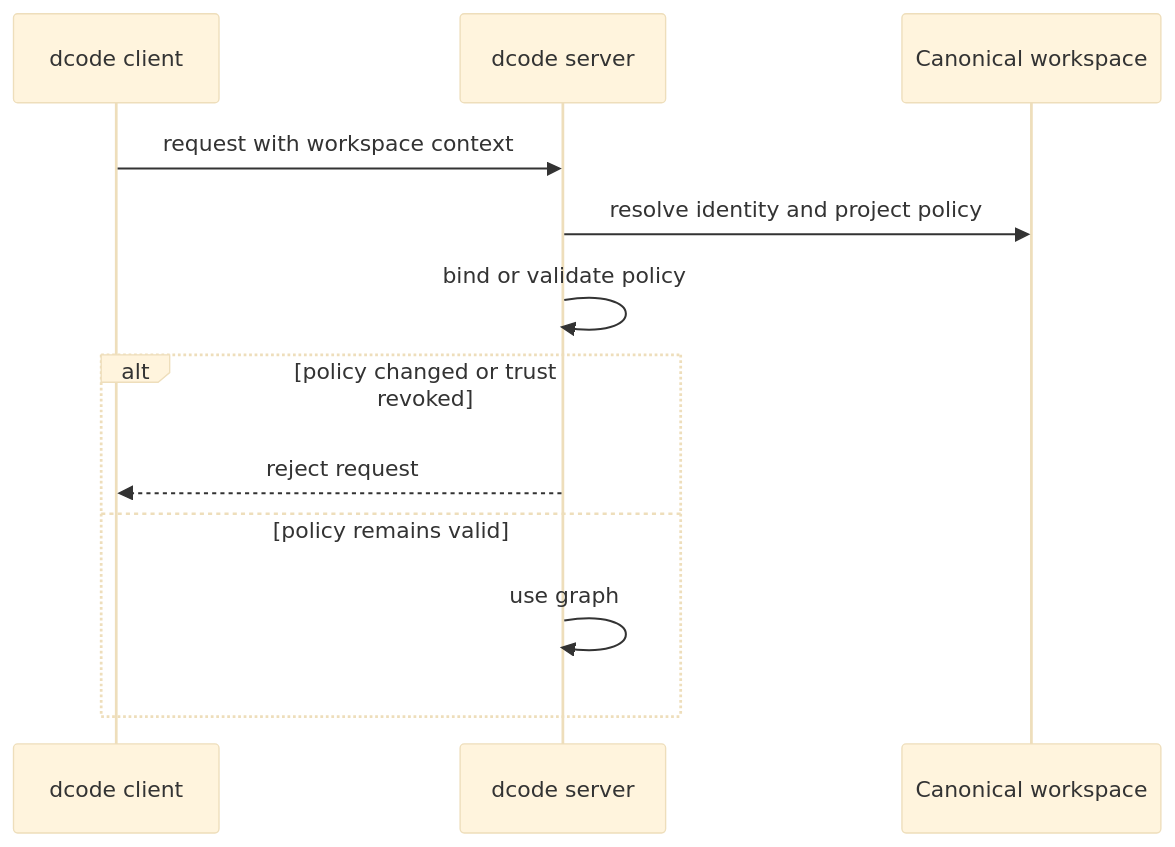
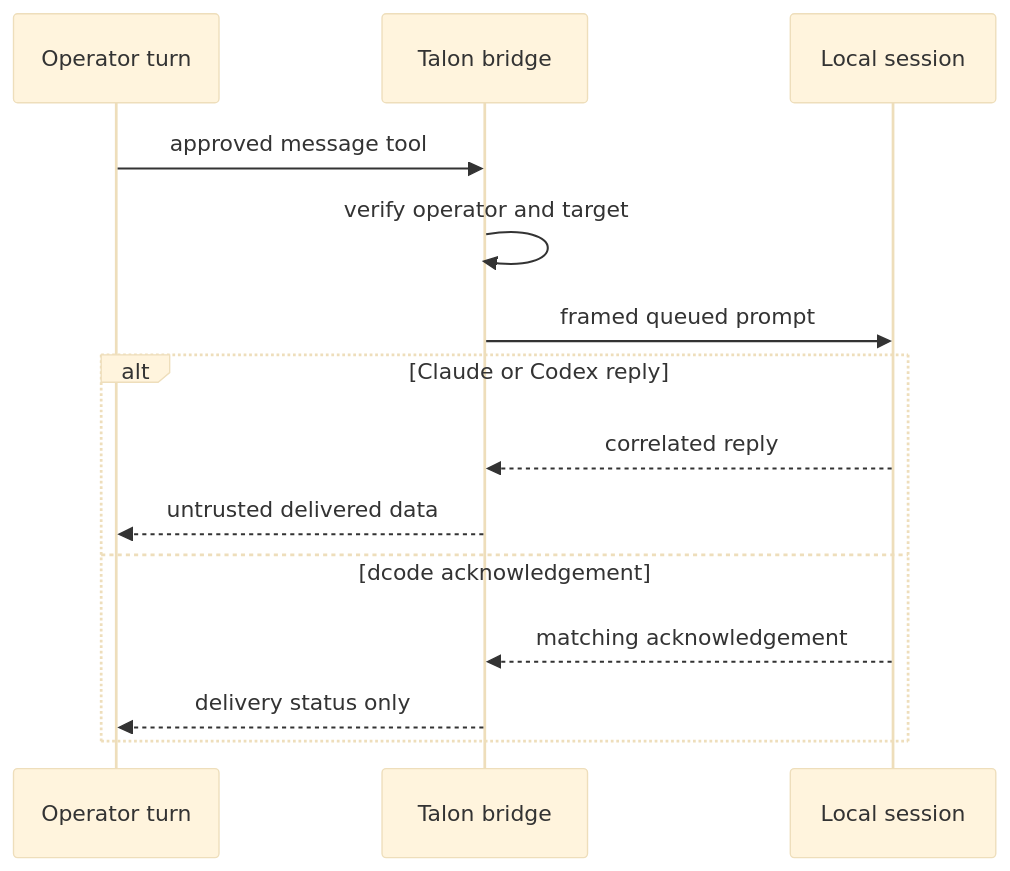
One commit to langchain-ai/deepagents changed the third of 3 diagrams in openwiki/operations/security.md. Above: the diagram before and after it, drawn with Mermaid (base theme). The commit also changed other lines of this file and 34 other files, not shown here.

````diff
--- a/openwiki/operations/security.md
+++ b/openwiki/operations/security.md
@@ -88,14 +144,16 @@
 ```mermaid
 sequenceDiagram
-    participant Client as dcode client
-    participant Server as dcode server
-    participant Workspace as Canonical workspace
-    Client->>Server: request with workspace context
-    Server->>Workspace: resolve identity and project policy
-    Server->>Server: bind or validate policy
-    alt policy changed or trust revoked
-        Server-->>Client: reject request
-    else policy remains valid
-        Server->>Server: use graph
+    participant Operator as Operator turn
+    participant Talon as Talon bridge
+    participant Session as Local session
+    Operator->>Talon: approved message tool
+    Talon->>Talon: verify operator and target
+    Talon->>Session: framed queued prompt
+    alt Claude or Codex reply
+        Session-->>Talon: correlated reply
+        Talon-->>Operator: untrusted delivered data
+    else dcode acknowledgement
+        Session-->>Talon: matching acknowledgement
+        Talon-->>Operator: delivery status only
     end
 ```
````
